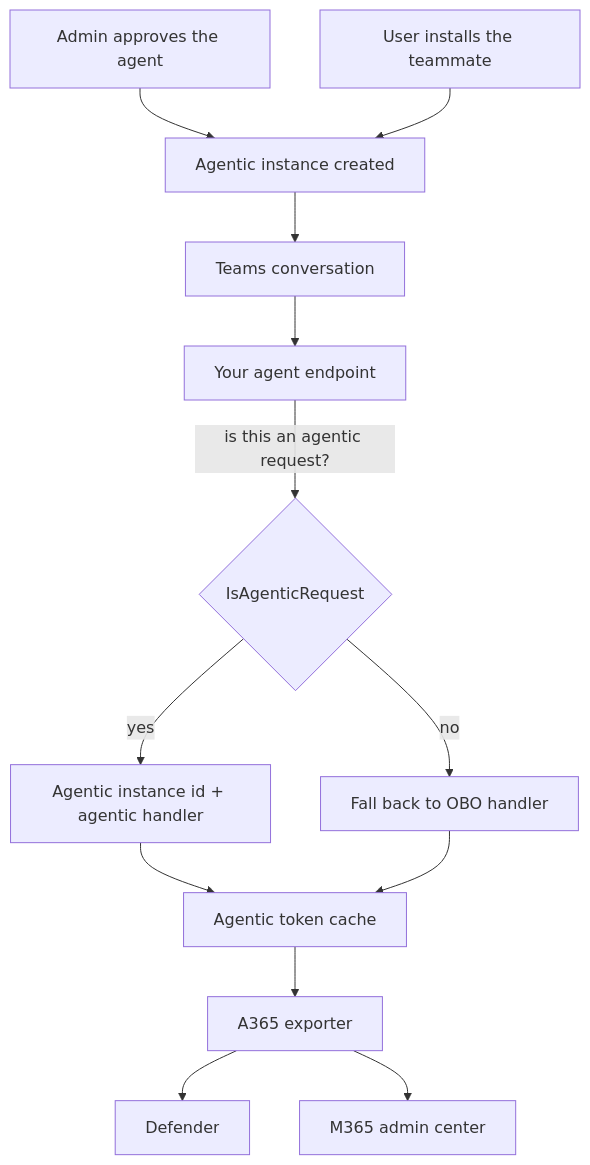
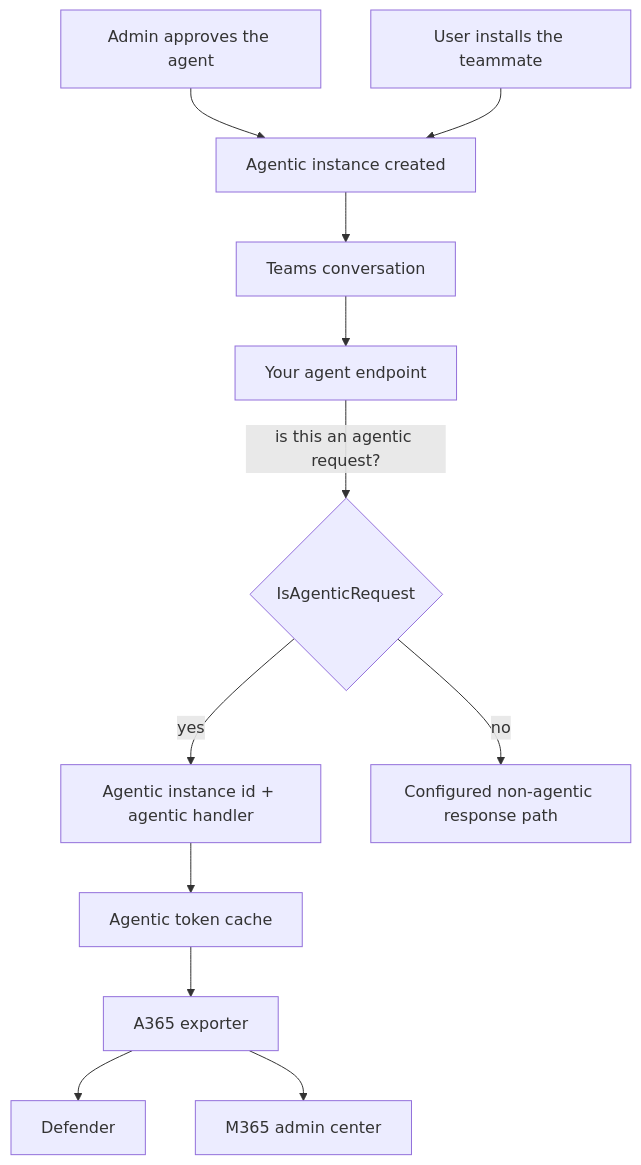
One commit to qmatteoq/agent365-runbook changed the diagram in 01-scenarios/AI-Teammate-Agent-Identity/1.Overview.md. Above: the diagram before and after it, drawn with Mermaid. The commit also changed other lines of this file and 37 other files, not shown here.

````diff
--- a/01-scenarios/AI-Teammate-Agent-Identity/1.Overview.md
+++ b/01-scenarios/AI-Teammate-Agent-Identity/1.Overview.md
@@ -48,15 +50,14 @@
 ```mermaid
 flowchart TD
     A[Admin approves the agent] --> I[Agentic instance created]
     U[User installs the teammate] --> I
     I --> T[Teams conversation]
     T --> EP[Your agent endpoint]
     EP -->|is this an agentic request?| D{IsAgenticRequest}
     D -->|yes| AG[Agentic instance id + agentic handler]
-    D -->|no| OB[Fall back to OBO handler]
+    D -->|no| OB[Configured non-agentic response path]
     AG --> TC[Agentic token cache]
-    OB --> TC
     TC --> EX[A365 exporter]
     EX --> DEF[Defender]
     EX --> MAC[M365 admin center]
 ```
````
